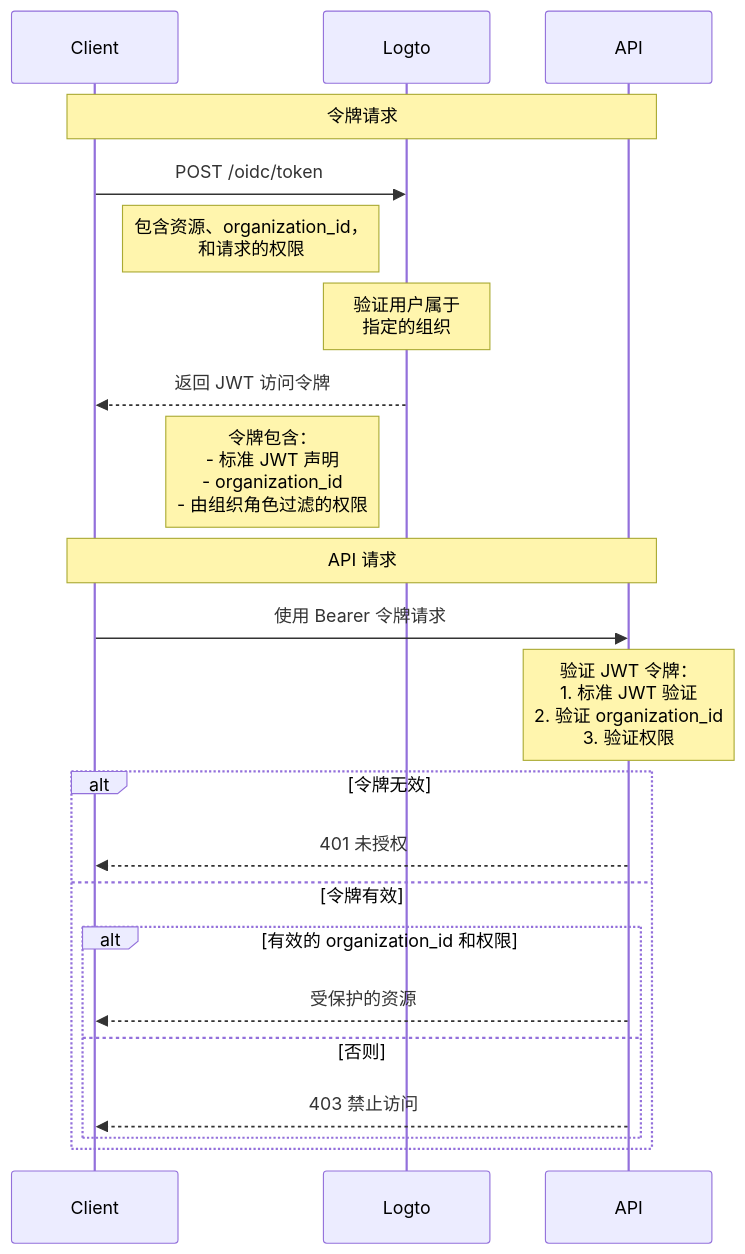
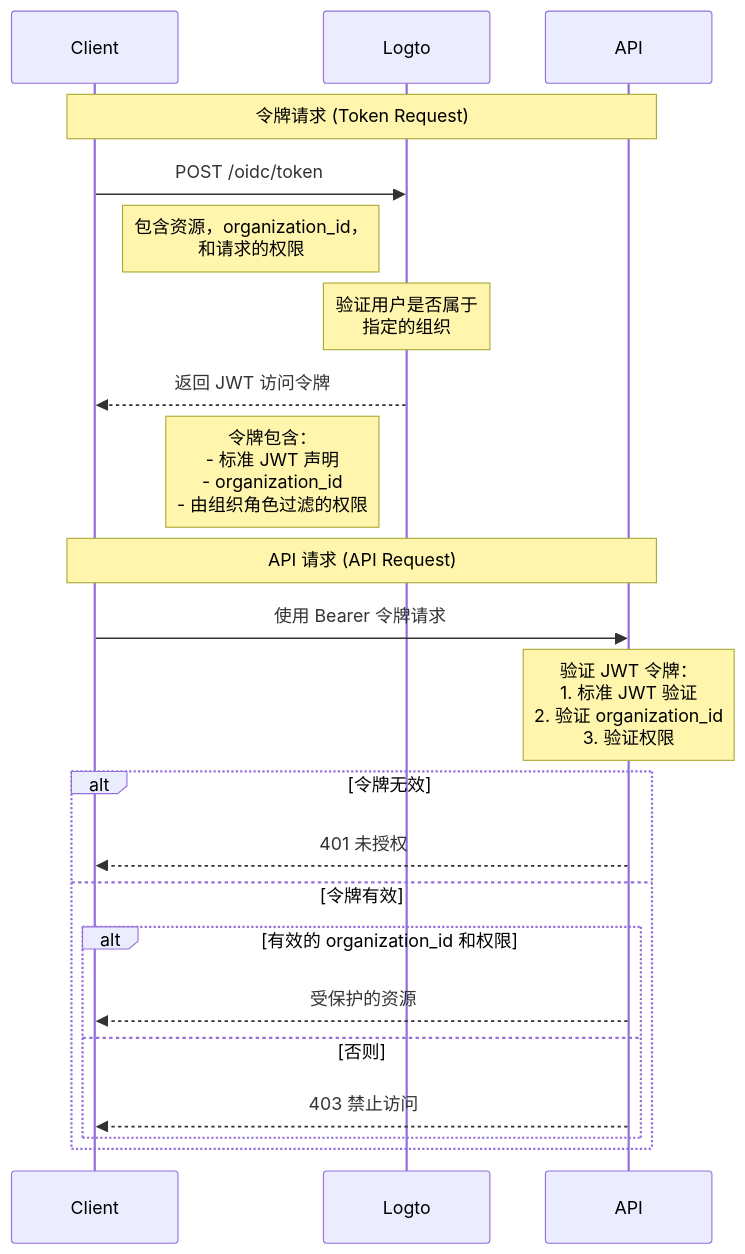
Before and after one commit to logto-io/docs: the diagram in i18n/zh-CN/docusaurus-plugin-content-docs/current/authorization/organization-template/protect-api-reources.mdx, drawn with Mermaid. The commit also changed other lines of this file and 15 other files, not shown here.

````diff
--- a/i18n/zh-CN/docusaurus-plugin-content-docs/current/authorization/organization-template/protect-api-reources.mdx
+++ b/i18n/zh-CN/docusaurus-plugin-content-docs/current/authorization/organization-template/protect-api-reources.mdx
@@ -9,29 +9,29 @@
 ```mermaid
 sequenceDiagram
     participant Client
     participant Logto
     participant API
 
-    Note over Client,API: 令牌请求
+    Note over Client,API: 令牌请求 (Token Request)
     Client->>Logto: POST /oidc/token
-    Note right of Client: 包含资源、organization_id，<br/>和请求的权限
+    Note right of Client: 包含资源，organization_id，<br/>和请求的权限
 
-    Note over Logto: 验证用户属于<br/>指定的组织
+    Note over Logto: 验证用户是否属于<br/>指定的组织
     Logto-->>Client: 返回 JWT 访问令牌
     Note left of Logto: 令牌包含：<br/>- 标准 JWT 声明<br/>- organization_id<br/>- 由组织角色过滤的权限
 
-    Note over Client,API: API 请求
+    Note over Client,API: API 请求 (API Request)
     Client->>API: 使用 Bearer 令牌请求
 
     Note over API: 验证 JWT 令牌：<br/>1. 标准 JWT 验证<br/>2. 验证 organization_id<br/>3. 验证权限
 
     alt 令牌无效
         API-->>Client: 401 未授权
     else 令牌有效
         alt 有效的 organization_id 和权限
             API-->>Client: 受保护的资源
         else 否则
             API-->>Client: 403 禁止访问
         end
     end
 ```
````
